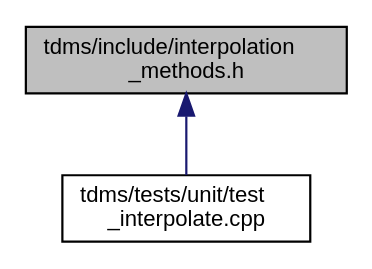
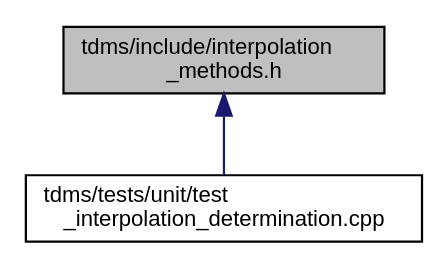
Before and after one commit to UCL/TDMS: the diagram in interpolation__methods_8h__dep__incl.dot, drawn with Graphviz. The commit also changed 83 other files, not shown here.

```diff
--- a/interpolation__methods_8h__dep__incl.dot
+++ b/interpolation__methods_8h__dep__incl.dot
@@ -1,9 +1,9 @@
 digraph "tdms/include/interpolation_methods.h"
 {
  // LATEX_PDF_SIZE
   edge [fontname="Helvetica",fontsize="10",labelfontname="Helvetica",labelfontsize="10"];
   node [fontname="Helvetica",fontsize="10",shape=record];
   Node1 [label="tdms/include/interpolation\l_methods.h",height=0.2,width=0.4,color="black", fillcolor="grey75", style="filled", fontcolor="black",tooltip="Cubic interpolation functions."];
   Node1 -> Node2 [dir="back",color="midnightblue",fontsize="10",style="solid",fontname="Helvetica"];
-  Node2 [label="tdms/tests/unit/test\l_interpolate.cpp",height=0.2,width=0.4,color="black", fillcolor="white", style="filled",URL="$test__interpolate_8cpp.html",tooltip="Tests of the interpolation functions."];
+  Node2 [label="tdms/tests/unit/test\l_interpolation_determination.cpp",height=0.2,width=0.4,color="black", fillcolor="white", style="filled",URL="$test__interpolation__determination_8cpp.html",tooltip="Tests of the interpolation functions."];
 }
```
